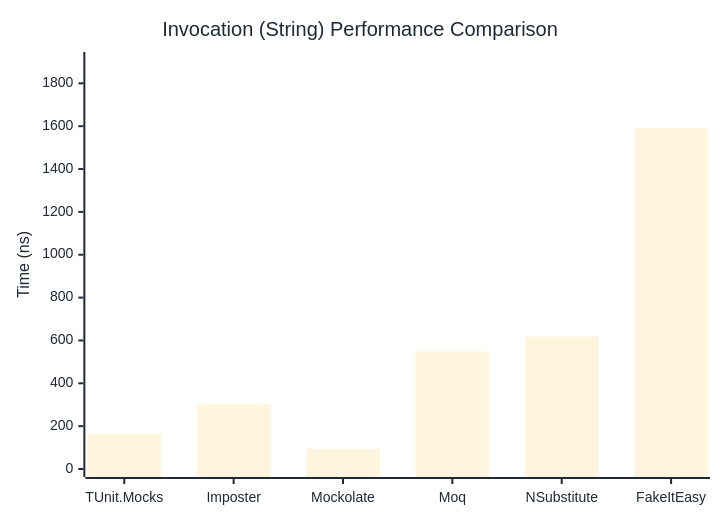
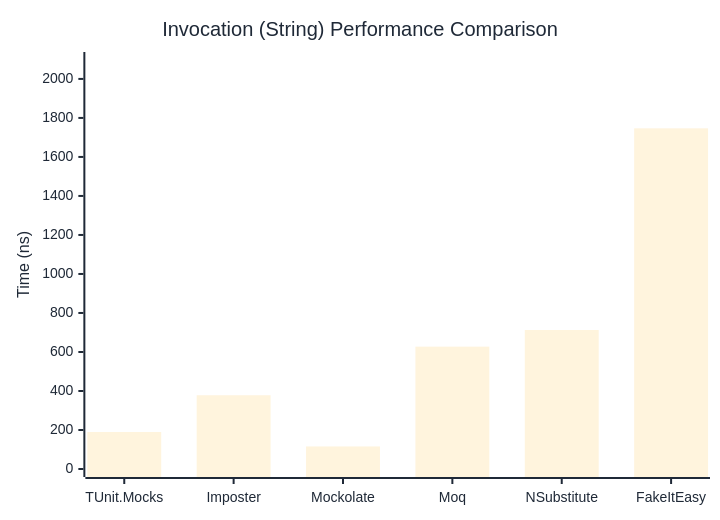
One commit to thomhurst/TUnit changed the second of 3 diagrams in docs/docs/benchmarks/mocks/Invocation.md. Above: the diagram before and after it, drawn with Mermaid. The commit also changed other lines of this file and 14 other files, not shown here.

````diff
--- a/docs/docs/benchmarks/mocks/Invocation.md
+++ b/docs/docs/benchmarks/mocks/Invocation.md
@@ -71,27 +71,27 @@
 ```mermaid
 %%{init: {
   'theme':'base',
   'themeVariables': {
     'primaryColor': '#2563eb',
     'primaryTextColor': '#1f2937',
     'primaryBorderColor': '#1e40af',
     'lineColor': '#6b7280',
     'secondaryColor': '#7c3aed',
     'tertiaryColor': '#dc2626',
     'background': '#ffffff',
     'pie1': '#2563eb',
     'pie2': '#7c3aed',
     'pie3': '#dc2626',
     'pie4': '#f59e0b',
     'pie5': '#10b981',
     'pie6': '#06b6d4',
     'pie7': '#ec4899',
     'pie8': '#6366f1'
   }
 }}%%
 xychart-beta
   title "Invocation (String) Performance Comparison"
   x-axis ["TUnit.Mocks", "Imposter", "Mockolate", "Moq", "NSubstitute", "FakeItEasy"]
-  y-axis "Time (ns)" 0 --> 1909
-  bar [165.67, 302.82, 94.65, 548.76, 618.12, 1590.17]
+  y-axis "Time (ns)" 0 --> 2097
+  bar [189.6, 378.2, 115.7, 627.4, 712.7, 1746.7]
 ```
````
